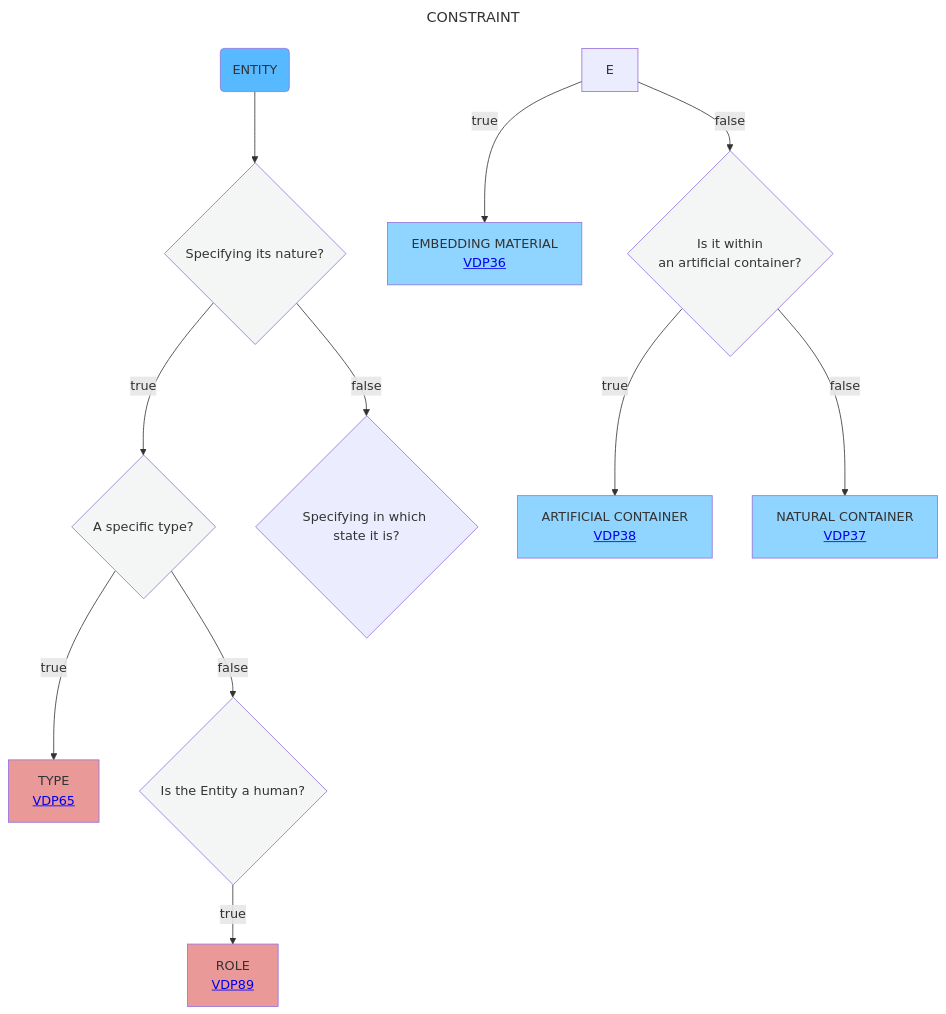
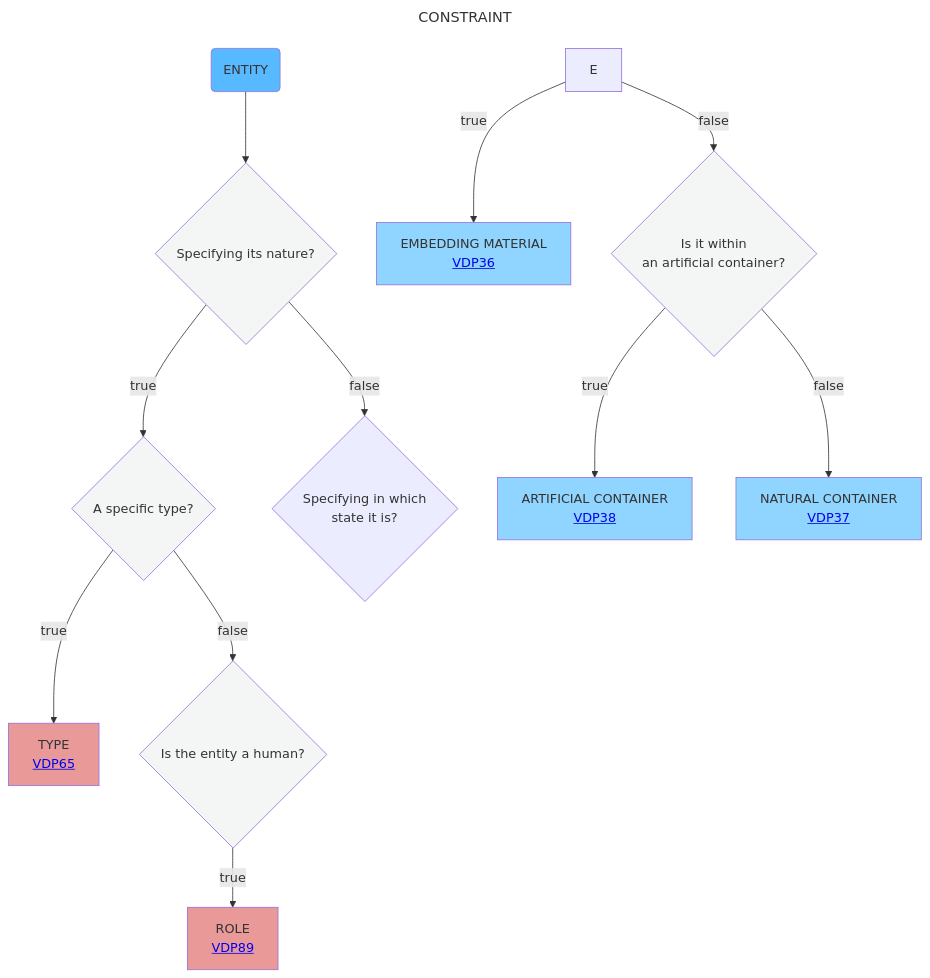
Before and after one commit to mabablue/I-ADOPT-patterns-playground: the diagram in Decisition_trees/DT8.mmd, drawn with Mermaid.

```diff
--- a/Decisition_trees/DT8.mmd
+++ b/Decisition_trees/DT8.mmd
@@ -1,20 +1,20 @@
 ---
 title: CONSTRAINT
 ---
 flowchart TD
     A(ENTITY):::satblue  --> AB{Specifying its nature?}:::white
     AB --> |true|B{A specific type?}:::white
-    AB --> |false|O{Specifying in which state it is?}
+    AB --> |false|O{Specifying in which <br> state it is?}
     B --> |true|C[TYPE <br> <a href='https://github.com/mabablue/I-ADOPT-patterns-playground/blob/main/pattern/VDP65.yaml'>VDP65</a>]:::rose
-    B --> |false|D{Is the Entity a human?}:::white
+    B --> |false|D{Is the entity a human?}:::white
     D --> |true|F[ROLE <br> <a href='https://github.com/mabablue/I-ADOPT-patterns-playground/blob/main/pattern/VDP89.yaml'>VDP89</a>]:::rose
     E --> |true|G[EMBEDDING MATERIAL <br> <a href='https://github.com/mabablue/I-ADOPT-patterns-playground/blob/main/pattern/VDP36.yaml'>VDP36</a>]:::blue
     E --> |false|H{Is it within <br> an artificial container?}:::white
     H --> |true|I[ARTIFICIAL CONTAINER <br> <a href='https://github.com/mabablue/I-ADOPT-patterns-playground/blob/main/pattern/VDP38.yaml'>VDP38</a>]:::blue
     H --> |false|J[NATURAL CONTAINER <br> <a href='https://github.com/mabablue/I-ADOPT-patterns-playground/blob/main/pattern/VDP37.yaml'>VDP37</a>]:::blue
 
    classDef blue fill:#90D5FF
    classDef satblue fill:#57B9FF 
    classDef white fill:#f3f6f4
    classDef green fill:#6aa84f
    classDef rose fill:#ea9999
```
